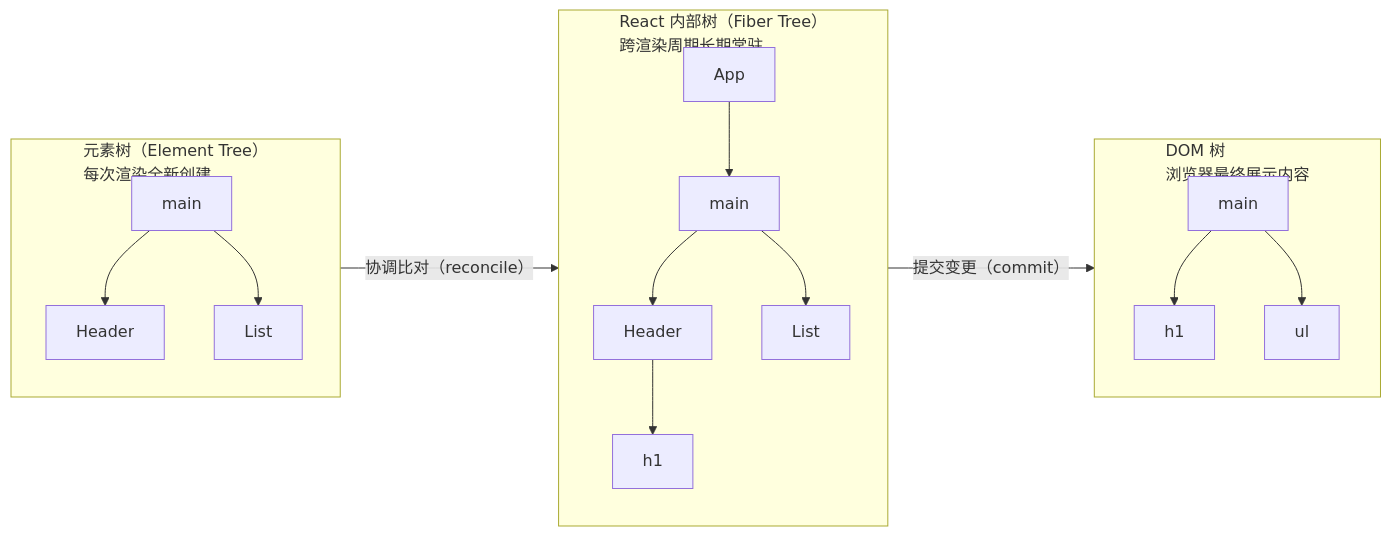
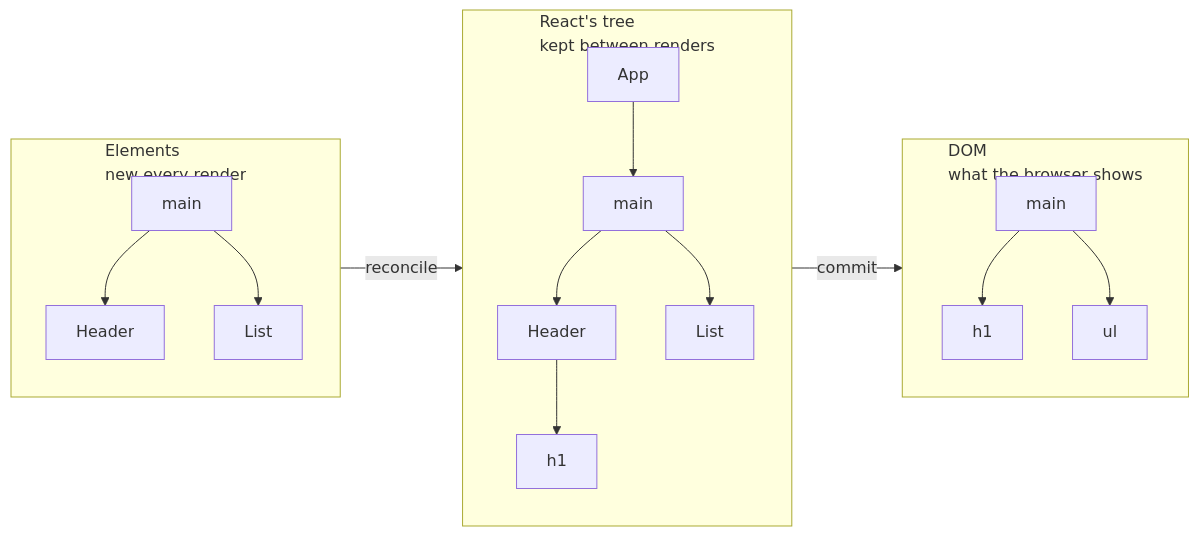
One commit to ZhaoTim/react-garden-zh changed the first of 2 diagrams in content/react-concepts/02 Elements, Components and the Tree.md. Above: the diagram before and after it, drawn with Mermaid. The commit also changed other lines of this file and 12 other files, not shown here.

Commit message:
fix: restore all Mermaid diagrams to original English technical terms

````diff
--- a/content/react-concepts/02 Elements, Components and the Tree.md
+++ b/content/react-concepts/02 Elements, Components and the Tree.md
@@ -96,19 +96,19 @@
 ```mermaid
 flowchart LR
-    subgraph E["元素树（Element Tree）<br/>每次渲染全新创建"]
+    subgraph E["Elements<br/>new every render"]
         E1["main"] --> E2["Header"]
         E1 --> E3["List"]
     end
-    subgraph F["React 内部树（Fiber Tree）<br/>跨渲染周期长期常驻"]
+    subgraph F["React's tree<br/>kept between renders"]
         F1["App"] --> F2["main"]
         F2 --> F3["Header"]
         F2 --> F4["List"]
         F3 --> F5["h1"]
     end
-    subgraph D["DOM 树<br/>浏览器最终展示内容"]
+    subgraph D["DOM<br/>what the browser shows"]
         D1["main"] --> D2["h1"]
         D1 --> D3["ul"]
     end
-    E -->|协调比对（reconcile）| F
-    F -->|提交变更（commit）| D
+    E -->|reconcile| F
+    F -->|commit| D
 ```
````
